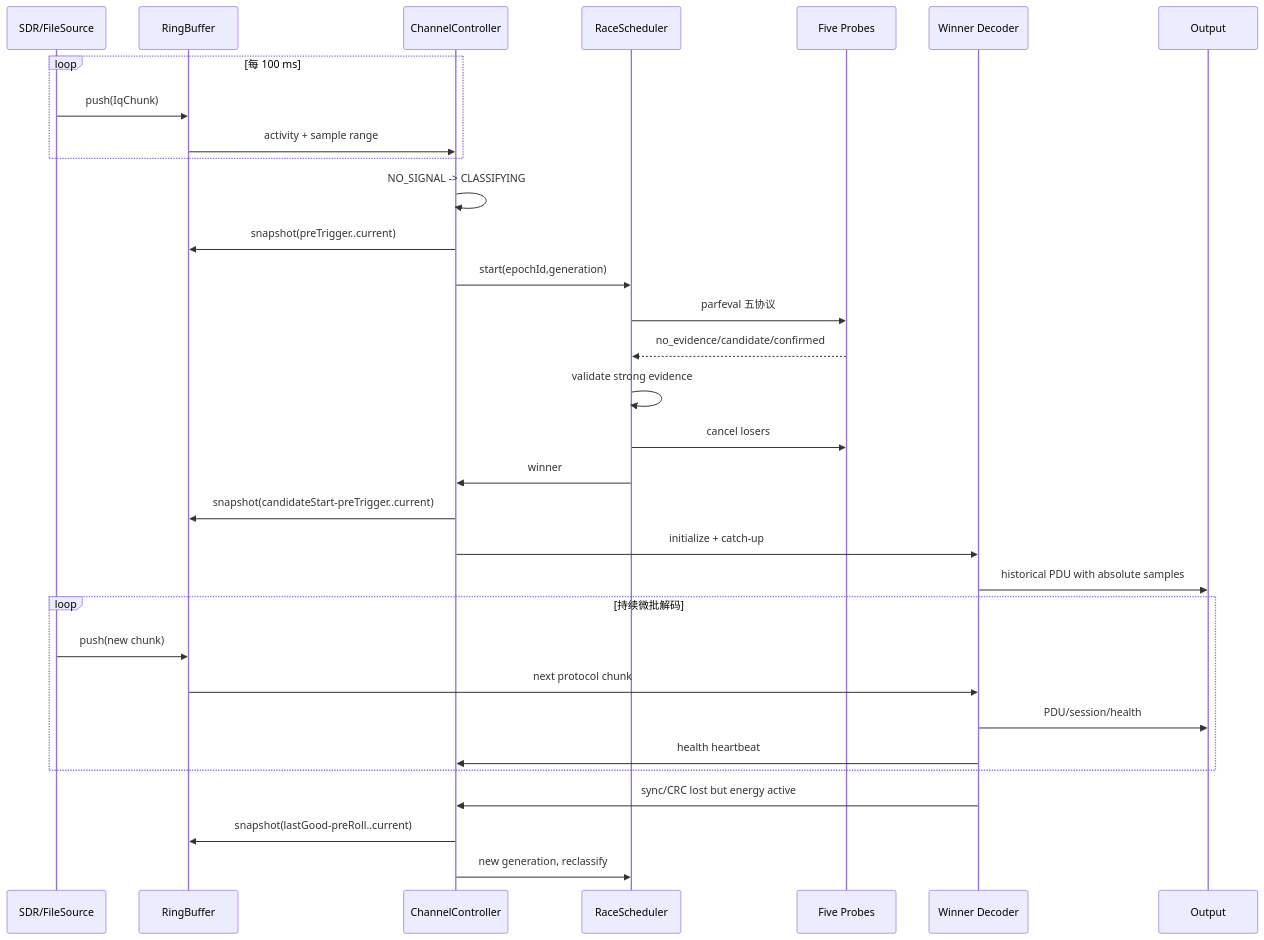
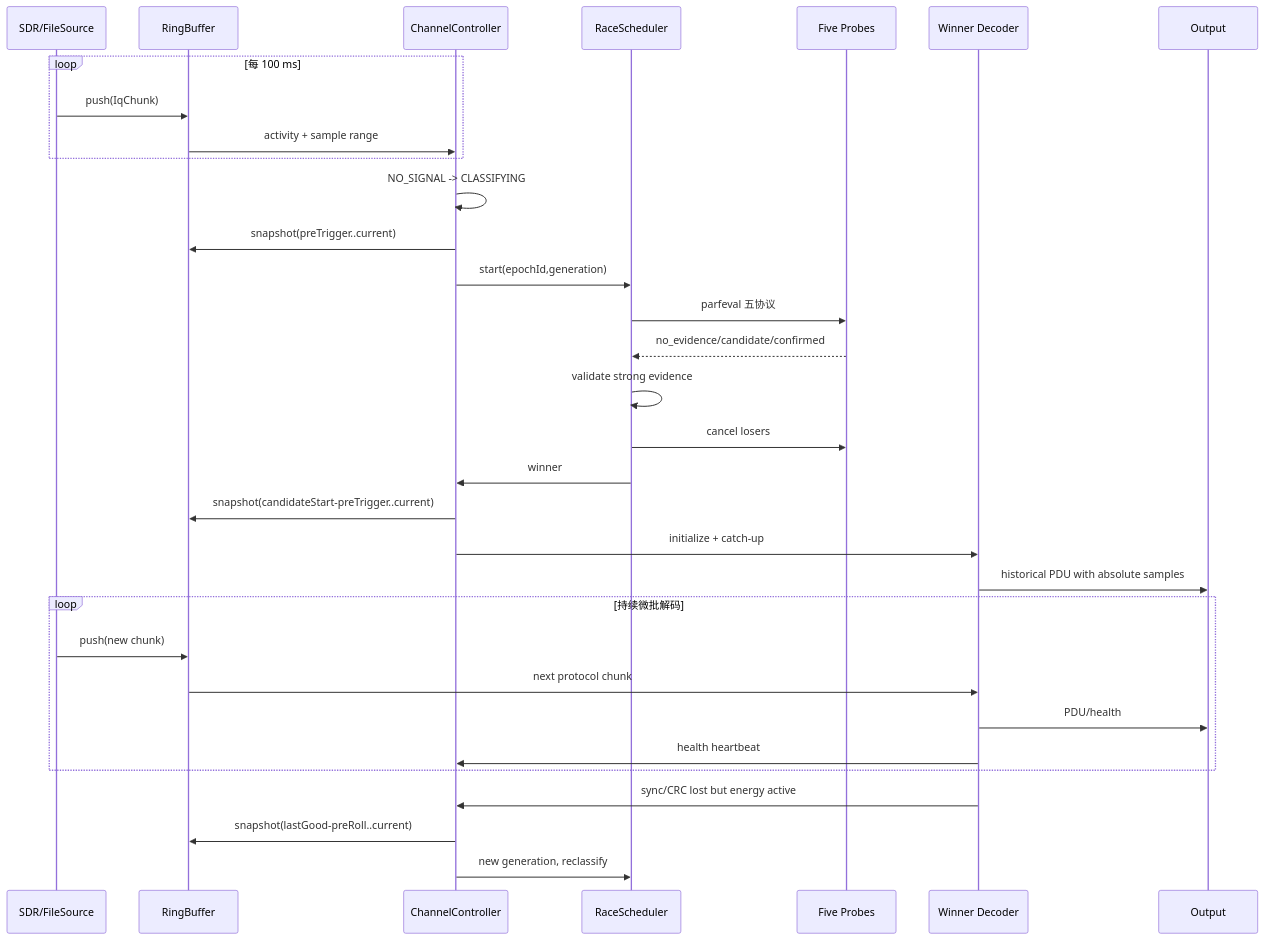
Before and after one commit to Atn0s/PMR_signal_decoder: the fourth of 4 diagrams in docs/实时微批处理五制式并行识别架构设计.md, drawn with Mermaid. The commit also changed other lines of this file and 57 other files, not shown here.

````diff
--- a/docs/实时微批处理五制式并行识别架构设计.md
+++ b/docs/实时微批处理五制式并行识别架构设计.md
@@ -614,38 +620,38 @@
 ```mermaid
 sequenceDiagram
     participant SRC as SDR/FileSource
     participant BUF as RingBuffer
     participant FSM as ChannelController
     participant RACE as RaceScheduler
     participant PROBE as Five Probes
     participant DEC as Winner Decoder
     participant OUT as Output
 
     loop 每 100 ms
         SRC->>BUF: push(IqChunk)
         BUF->>FSM: activity + sample range
     end
 
     FSM->>FSM: NO_SIGNAL -> CLASSIFYING
     FSM->>BUF: snapshot(preTrigger..current)
     FSM->>RACE: start(epochId,generation)
     RACE->>PROBE: parfeval 五协议
     PROBE-->>RACE: no_evidence/candidate/confirmed
     RACE->>RACE: validate strong evidence
     RACE->>PROBE: cancel losers
     RACE->>FSM: winner
     FSM->>BUF: snapshot(candidateStart-preTrigger..current)
     FSM->>DEC: initialize + catch-up
     DEC->>OUT: historical PDU with absolute samples
 
     loop 持续微批解码
         SRC->>BUF: push(new chunk)
         BUF->>DEC: next protocol chunk
-        DEC->>OUT: PDU/session/health
+        DEC->>OUT: PDU/health
         DEC->>FSM: health heartbeat
     end
 
     DEC->>FSM: sync/CRC lost but energy active
     FSM->>BUF: snapshot(lastGood-preRoll..current)
     FSM->>RACE: new generation, reclassify
 ```
````
